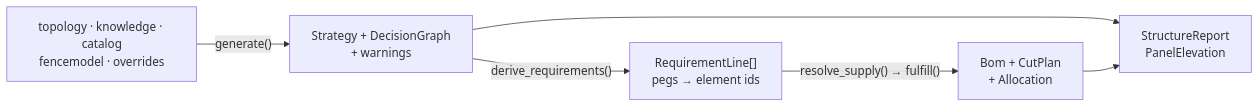
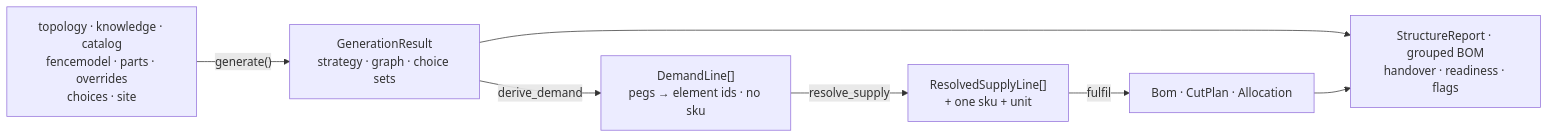
One commit to spicysauce1955-stack/BOM changed the third of 3 diagrams in docs/architecture/01-domains.md. Above: the diagram before and after it, drawn with Mermaid. The commit also changed other lines of this file and 14 other files, not shown here.

````diff
--- a/docs/architecture/01-domains.md
+++ b/docs/architecture/01-domains.md
@@ -187,14 +170,16 @@
 ```mermaid
 flowchart LR
-    A["topology · knowledge · catalog<br/>fencemodel · overrides"]
-    B["Strategy + DecisionGraph<br/>+ warnings"]
-    C["RequirementLine[]<br/>pegs → element ids"]
-    D["Bom + CutPlan<br/>+ Allocation"]
-    E["StructureReport<br/>PanelElevation"]
+    A["topology · knowledge · catalog<br/>fencemodel · parts · overrides<br/>choices · site"]
+    B["GenerationResult<br/>strategy · graph · choice sets"]
+    C["DemandLine[]<br/>pegs → element ids · no sku"]
+    D["ResolvedSupplyLine[]<br/>+ one sku + unit"]
+    E["Bom · CutPlan · Allocation"]
+    F["StructureReport · grouped BOM<br/>handover · readiness · flags"]
 
     A -->|"generate()"| B
-    B -->|"derive_requirements()"| C
-    C -->|"resolve_supply() → fulfill()"| D
-    B --> E
-    D --> E
+    B -->|"derive_demand"| C
+    C -->|"resolve_supply"| D
+    D -->|"fulfil"| E
+    B --> F
+    E --> F
 ```
````
